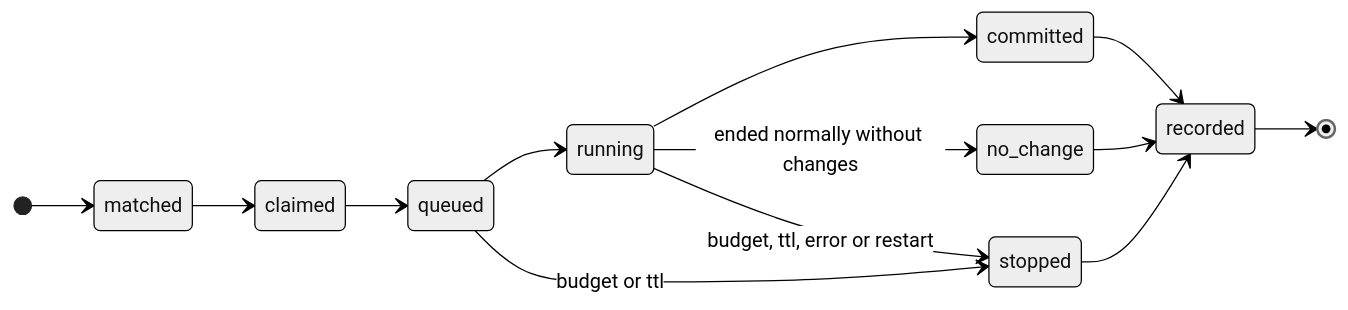
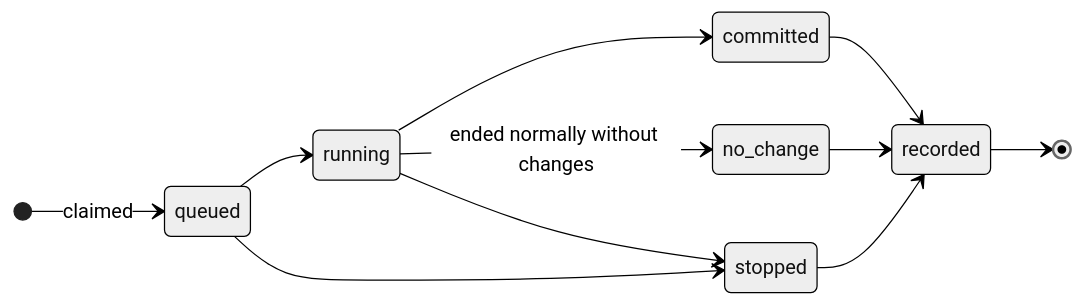
The diagram in docs/components/daemon.md (jerryjvl/pi-active-vaults), drawn with Mermaid (neutral theme) before and after one commit. The commit also changed other lines of this file and 14 other files, not shown here.

````diff
--- a/docs/components/daemon.md
+++ b/docs/components/daemon.md
@@ -26,16 +23,14 @@
 ```mermaid
 stateDiagram-v2
   direction LR
-  [*] --> matched
-  matched --> claimed
-  claimed --> queued
+  [*] --> queued: claimed
   queued --> running
   running --> committed
   running --> no_change: ended normally without changes
   committed --> recorded
   no_change --> recorded
-  queued --> stopped: budget or ttl
-  running --> stopped: budget, ttl, error or restart
+  queued --> stopped
+  running --> stopped
   stopped --> recorded
   recorded --> [*]
 ```
````
